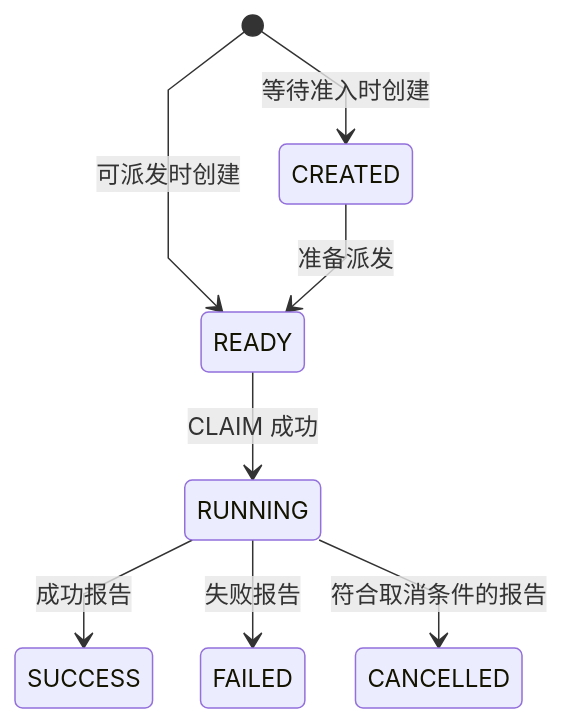
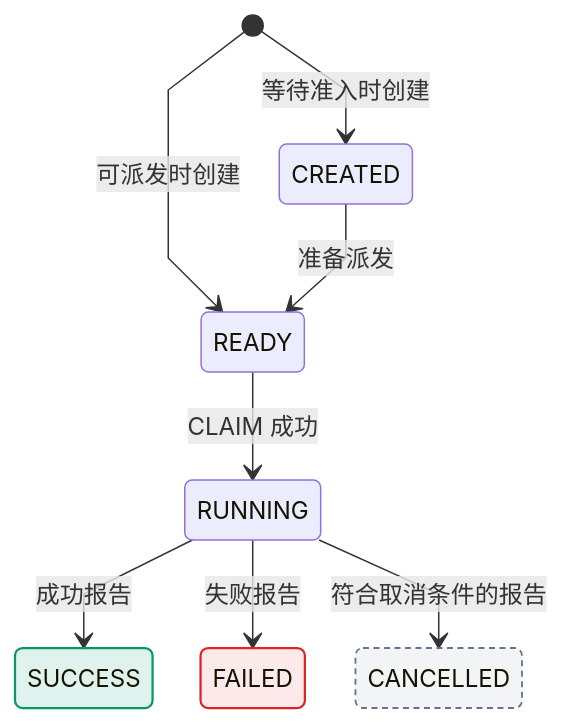
Before and after one commit to pinpols/file-batch-system: the sixth of 6 diagrams in docs/architecture/core-model.md, drawn with Mermaid. The commit also changed other lines of this file and 9 other files, not shown here.

First line of the commit message:
docs(architecture): unify styling of the navigation architecture diagrams (#1365)

````diff
--- a/docs/architecture/core-model.md
+++ b/docs/architecture/core-model.md
@@ -349,11 +398,19 @@
 ```mermaid
 %%{init: {"flowchart":{"curve":"linear","nodeSpacing":32,"rankSpacing":48},"sequence":{"mirrorActors":false}}}%%
 stateDiagram-v2
+
   [*] --> CREATED: 等待准入时创建
   [*] --> READY: 可派发时创建
   CREATED --> READY: 准备派发
   READY --> RUNNING: CLAIM 成功
   RUNNING --> SUCCESS: 成功报告
   RUNNING --> FAILED: 失败报告
   RUNNING --> CANCELLED: 符合取消条件的报告
+  class SUCCESS ok
+  class FAILED fail
+  class CANCELLED muted
+  classDef ok fill:#0596691f,stroke:#059669,stroke-width:1.5px
+  classDef fail fill:#dc26261a,stroke:#dc2626,stroke-width:1.5px
+  classDef wait fill:#d977061a,stroke:#d97706,stroke-width:1.5px
+  classDef muted fill:#64748b14,stroke:#64748b,stroke-width:1.2px,stroke-dasharray:4 3
 ```
````
